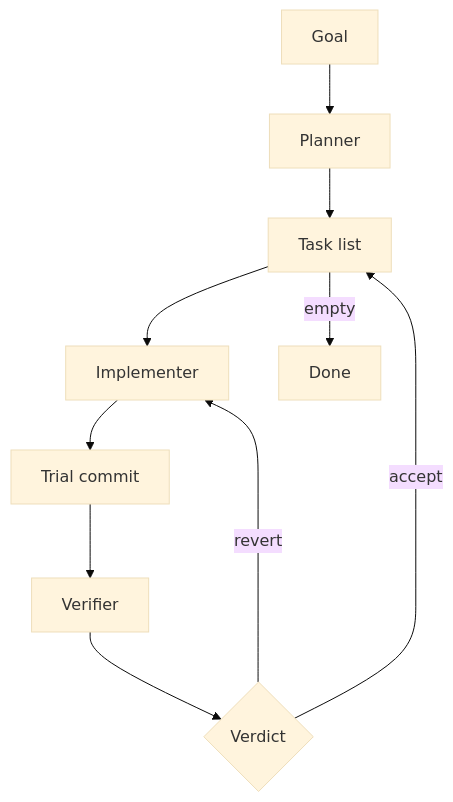
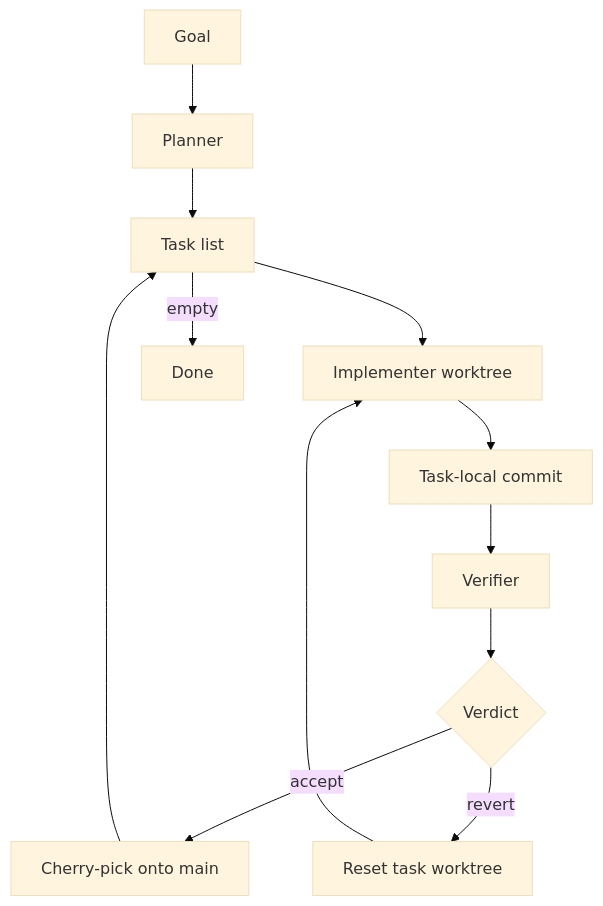
One commit to 0xabrar/harness changed the diagram in README.md. Above: the diagram before and after it, drawn with Mermaid (base theme). The commit also changed other lines of this file and 10 other files, not shown here.

````diff
--- a/README.md
+++ b/README.md
@@ -45,12 +45,14 @@
 ```mermaid
 flowchart TD
     A[Goal] --> B[Planner]
     B --> C[Task list]
-    C --> D[Implementer]
-    D --> E[Trial commit]
+    C --> D[Implementer worktree]
+    D --> E[Task-local commit]
     E --> F[Verifier]
     F --> G{Verdict}
-    G -->|accept| C
-    G -->|revert| D
-    C -->|empty| H[Done]
+    G -->|accept| H[Cherry-pick onto main]
+    H --> C
+    G -->|revert| I[Reset task worktree]
+    I --> D
+    C -->|empty| J[Done]
 ```
````
